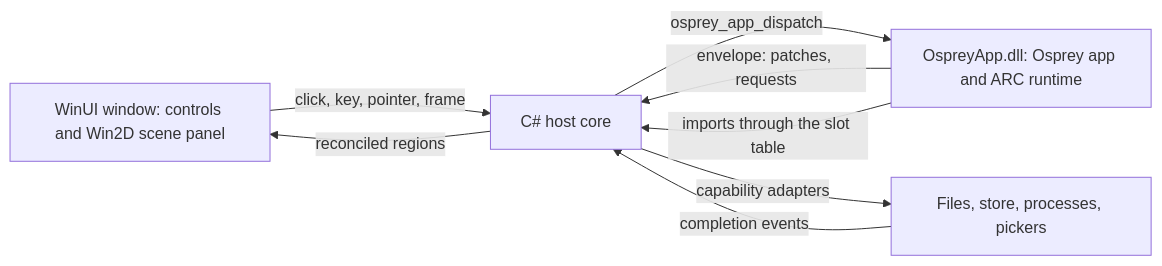
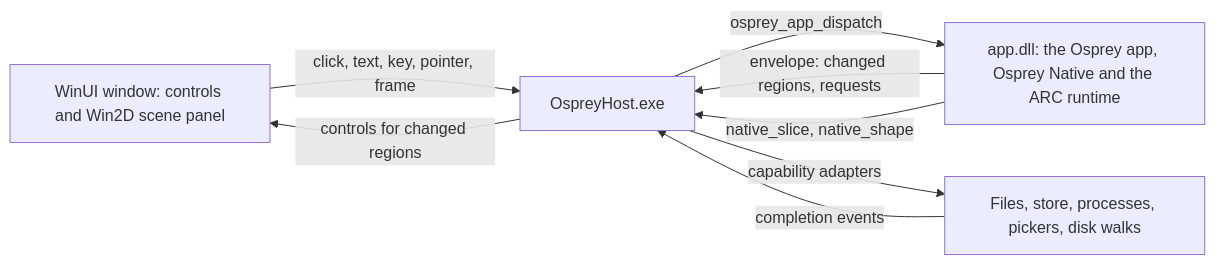
The diagram in docs/plans/0038-winui-windows-hosts.md (Nimblesite/osprey), drawn with Mermaid before and after one commit. The commit also changed other lines of this file and 4 other files, not shown here.

First line of the commit message:
Plans 0038-0040: every example on Osprey Native, Storage first

````diff
--- a/docs/plans/0038-winui-windows-hosts.md
+++ b/docs/plans/0038-winui-windows-hosts.md
@@ -20,10 +31,10 @@
 ```mermaid
 flowchart LR
-    W[WinUI window: controls and Win2D scene panel] -->|click, key, pointer, frame| H[C# host core]
-    H -->|osprey_app_dispatch| D[OspreyApp.dll: Osprey app and ARC runtime]
-    D -->|envelope: patches, requests| H
-    D -->|imports through the slot table| H
-    H -->|reconciled regions| W
-    H -->|capability adapters| P[Files, store, processes, pickers]
+    W[WinUI window: controls and Win2D scene panel] -->|click, text, key, pointer, frame| H[OspreyHost.exe]
+    H -->|osprey_app_dispatch| D[app.dll: the Osprey app, Osprey Native and the ARC runtime]
+    D -->|envelope: changed regions, requests| H
+    D -->|native_slice, native_shape| H
+    H -->|controls for changed regions| W
+    H -->|capability adapters| P[Files, store, processes, pickers, disk walks]
     P -->|completion events| H
 ```
````
